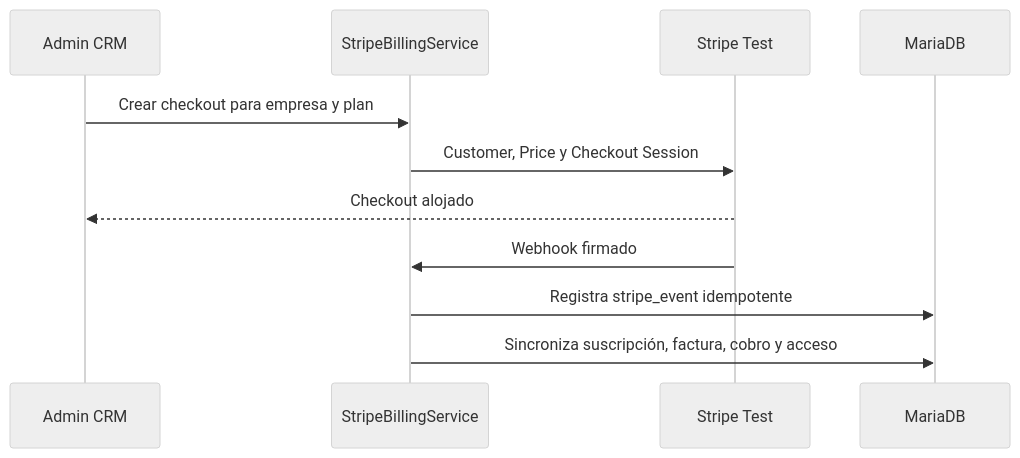
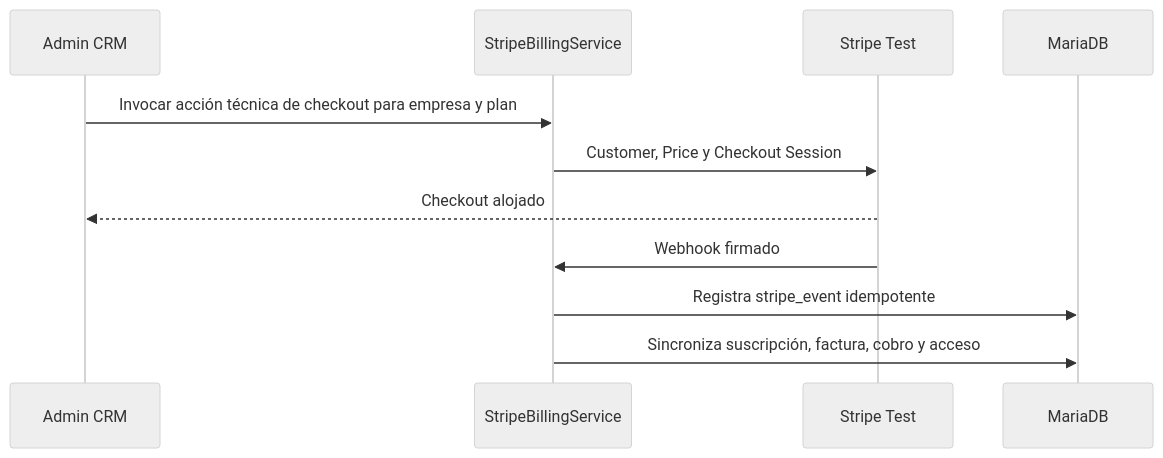
The seventh of 8 diagrams in docs/18-arquitectura-y-flujos.md (Jacketring/Membora-CRM), drawn with Mermaid (neutral theme) before and after one commit. The commit also changed other lines of this file and 18 other files, not shown here.

````diff
--- a/docs/18-arquitectura-y-flujos.md
+++ b/docs/18-arquitectura-y-flujos.md
@@ -103,13 +108,13 @@
 ```mermaid
 sequenceDiagram
     participant A as Admin CRM
     participant CRM as StripeBillingService
     participant S as Stripe Test
     participant DB as MariaDB
-    A->>CRM: Crear checkout para empresa y plan
+    A->>CRM: Invocar acción técnica de checkout para empresa y plan
     CRM->>S: Customer, Price y Checkout Session
     S-->>A: Checkout alojado
     S->>CRM: Webhook firmado
     CRM->>DB: Registra stripe_event idempotente
     CRM->>DB: Sincroniza suscripción, factura, cobro y acceso
 ```
````
